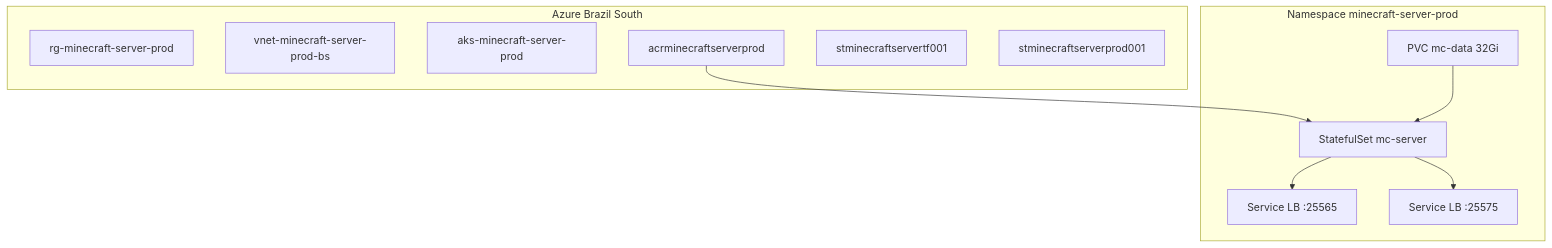
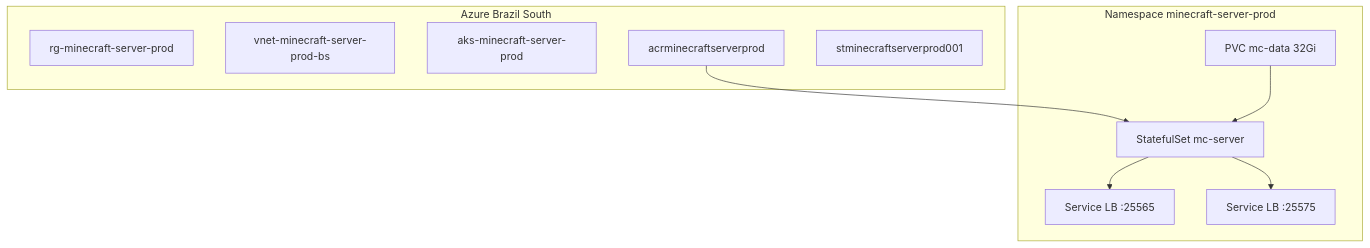
One commit to victorh-silveira/minecraft-core-server changed the diagram in docs/azure.md. Above: the diagram before and after it, drawn with Mermaid. The commit also changed other lines of this file and 28 other files, not shown here.

````diff
--- a/docs/azure.md
+++ b/docs/azure.md
@@ -7,21 +7,20 @@
 ```mermaid
 flowchart TB
   subgraph azure [Azure Brazil South]
     rg[rg-minecraft-server-prod]
     vnet[vnet-minecraft-server-prod-bs]
     aks[aks-minecraft-server-prod]
     acr[acrminecraftserverprod]
-    st_tf[stminecraftservertf001]
-    st_bk[stminecraftserverprod001]
+    st[stminecraftserverprod001]
   end
   subgraph k8s [Namespace minecraft-server-prod]
     sts[StatefulSet mc-server]
     pvc[PVC mc-data 32Gi]
     svcG[Service LB :25565]
     svcR[Service LB :25575]
   end
   acr --> sts
   pvc --> sts
   sts --> svcG
   sts --> svcR
 ```
````
